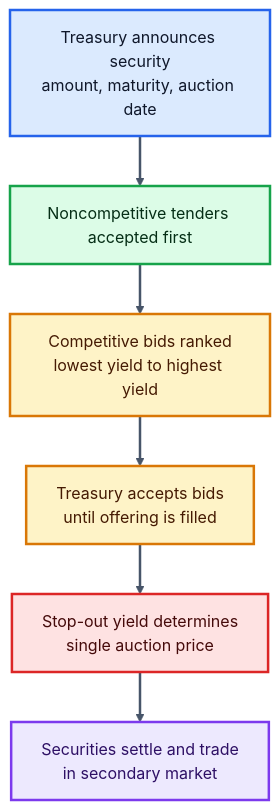
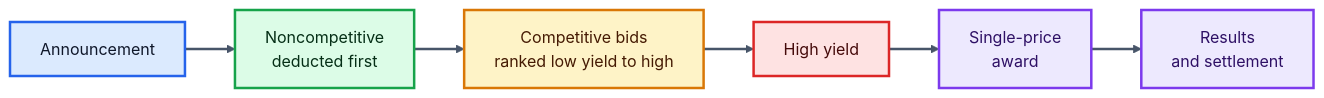
One commit to AliBoloor/BUS411 changed the fifth of 10 diagrams in lecture_notes/lec5.qmd. Above: the diagram before and after it, drawn with Mermaid. The commit also changed other lines of this file and 36 other files, not shown here.

Commit message:
Treasury market is done

````diff
--- a/lecture_notes/lec5.qmd
+++ b/lecture_notes/lec5.qmd
@@ -304,20 +354,20 @@
 ```{mermaid}
 %%{init: {"theme": "base", "themeVariables": {"fontFamily": "Inter, Arial, sans-serif", "lineColor": "#475569"}}}%%
-flowchart TB
-  A["Treasury announces security<br/>amount, maturity, auction date"] --> B["Noncompetitive tenders accepted first"]
-  B --> C["Competitive bids ranked<br/>lowest yield to highest yield"]
-  C --> D["Treasury accepts bids<br/>until offering is filled"]
-  D --> E["Stop-out yield determines<br/>single auction price"]
-  E --> F["Securities settle and trade<br/>in secondary market"]
+flowchart LR
+  A["Announcement"] --> B["Noncompetitive<br/>deducted first"]
+  B --> C["Competitive bids<br/>ranked low yield to high"]
+  C --> D["High yield"]
+  D --> E["Single-price<br/>award"]
+  E --> F["Results<br/>and settlement"]
   classDef announce fill:#dbeafe,stroke:#2563eb,stroke-width:2.5px,color:#0f172a;
   classDef access fill:#dcfce7,stroke:#16a34a,stroke-width:2.5px,color:#052e16;
   classDef rank fill:#fef3c7,stroke:#d97706,stroke-width:2.5px,color:#451a03;
   classDef clear fill:#fee2e2,stroke:#dc2626,stroke-width:2.5px,color:#450a0a;
   classDef market fill:#ede9fe,stroke:#7c3aed,stroke-width:2.5px,color:#2e1065;
   class A announce;
   class B access;
-  class C,D rank;
-  class E clear;
-  class F market;
+  class C rank;
+  class D clear;
+  class E,F market;
   linkStyle default stroke:#475569,stroke-width:2.5px;
 ```
````
